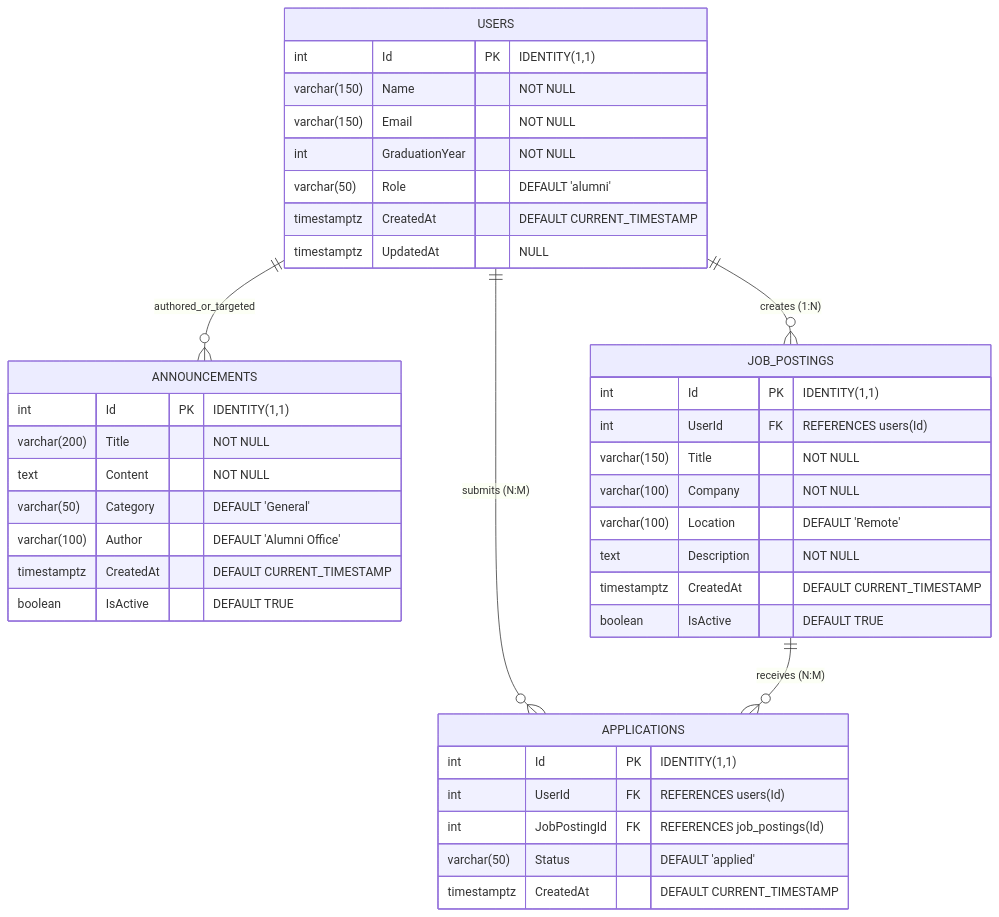
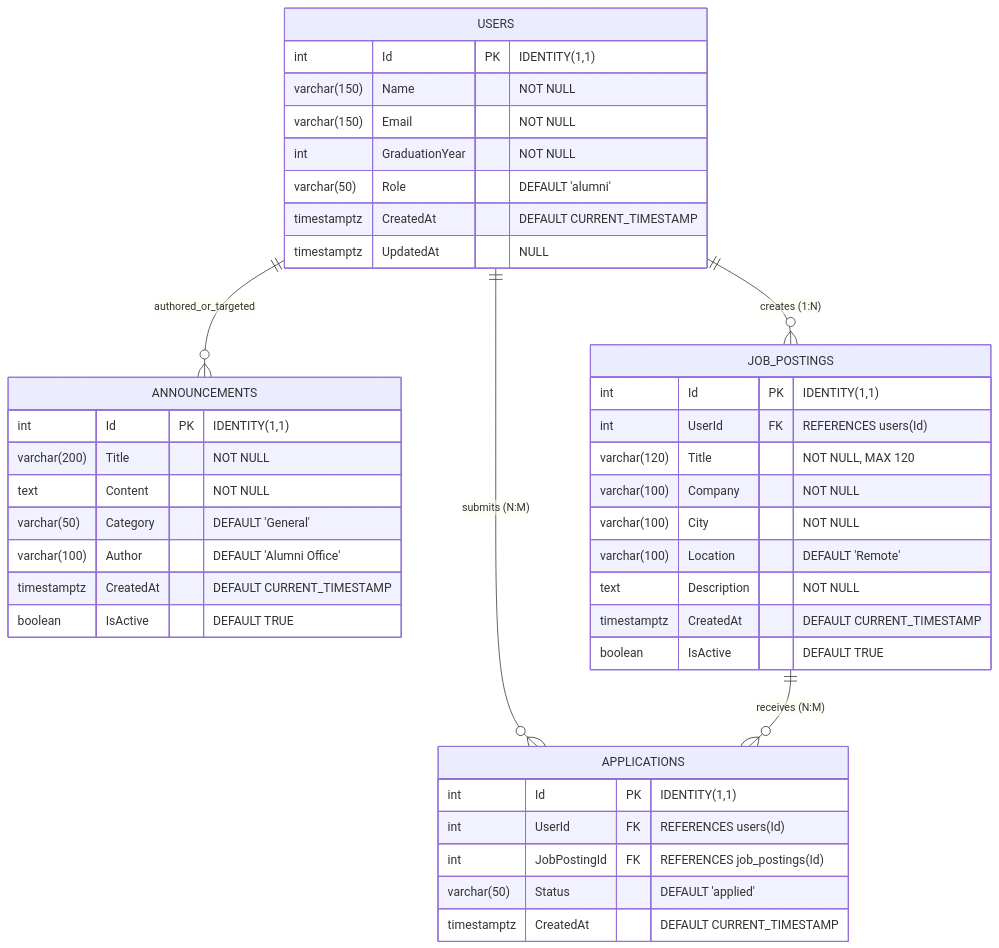
Before and after one commit to NazifeTurk/alumni: the diagram in ddd.md, drawn with Mermaid. The commit also changed other lines of this file and 5 other files, not shown here.

Commit message:
docs(ddd): document JobPosting rules (title required max 120 chars, company required, city required) and enforce in validation

````diff
--- a/ddd.md
+++ b/ddd.md
@@ -77,46 +77,47 @@
 ```mermaid
 erDiagram
     USERS {
         int Id PK "IDENTITY(1,1)"
         varchar(150) Name "NOT NULL"
         varchar(150) Email "NOT NULL"
         int GraduationYear "NOT NULL"
         varchar(50) Role "DEFAULT 'alumni'"
         timestamptz CreatedAt "DEFAULT CURRENT_TIMESTAMP"
         timestamptz UpdatedAt "NULL"
     }
 
     ANNOUNCEMENTS {
         int Id PK "IDENTITY(1,1)"
         varchar(200) Title "NOT NULL"
         text Content "NOT NULL"
         varchar(50) Category "DEFAULT 'General'"
         varchar(100) Author "DEFAULT 'Alumni Office'"
         timestamptz CreatedAt "DEFAULT CURRENT_TIMESTAMP"
         boolean IsActive "DEFAULT TRUE"
     }
 
     USERS ||--o{ ANNOUNCEMENTS : "authored_or_targeted"
     USERS ||--o{ JOB_POSTINGS : "creates (1:N)"
     USERS ||--o{ APPLICATIONS : "submits (N:M)"
     JOB_POSTINGS ||--o{ APPLICATIONS : "receives (N:M)"
 
     JOB_POSTINGS {
         int Id PK "IDENTITY(1,1)"
         int UserId FK "REFERENCES users(Id)"
-        varchar(150) Title "NOT NULL"
+        varchar(120) Title "NOT NULL, MAX 120"
         varchar(100) Company "NOT NULL"
+        varchar(100) City "NOT NULL"
         varchar(100) Location "DEFAULT 'Remote'"
         text Description "NOT NULL"
         timestamptz CreatedAt "DEFAULT CURRENT_TIMESTAMP"
         boolean IsActive "DEFAULT TRUE"
     }
 
     APPLICATIONS {
         int Id PK "IDENTITY(1,1)"
         int UserId FK "REFERENCES users(Id)"
         int JobPostingId FK "REFERENCES job_postings(Id)"
         varchar(50) Status "DEFAULT 'applied'"
         timestamptz CreatedAt "DEFAULT CURRENT_TIMESTAMP"
     }
 ```
````
